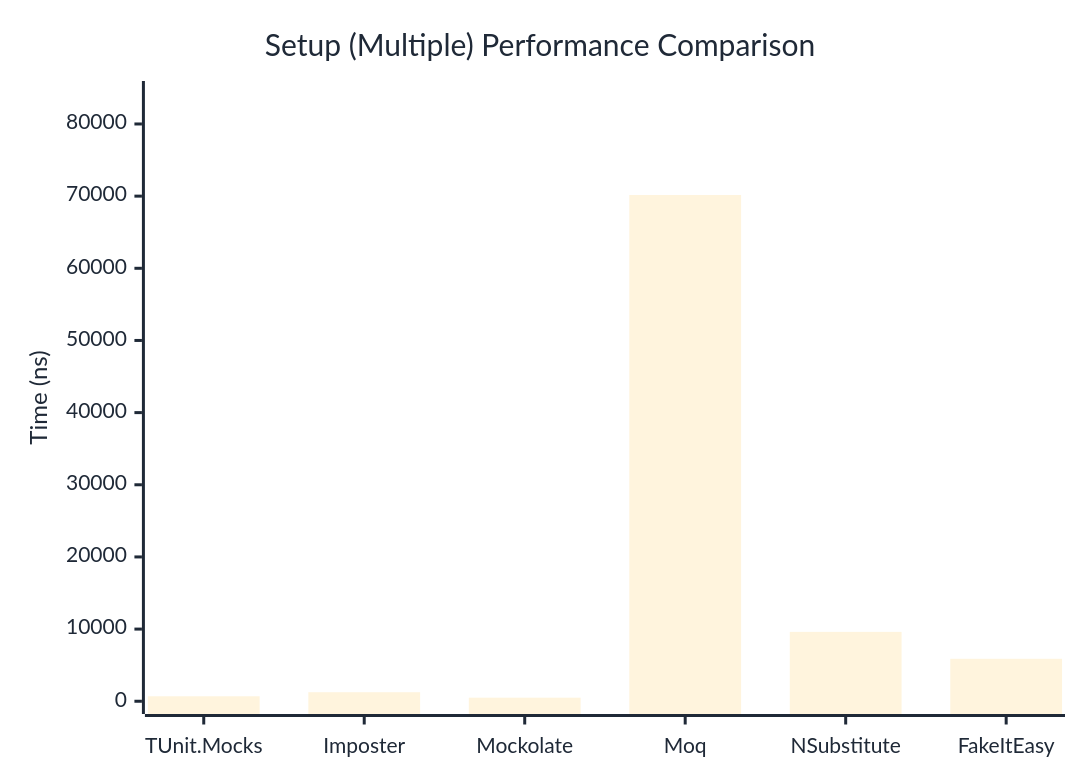
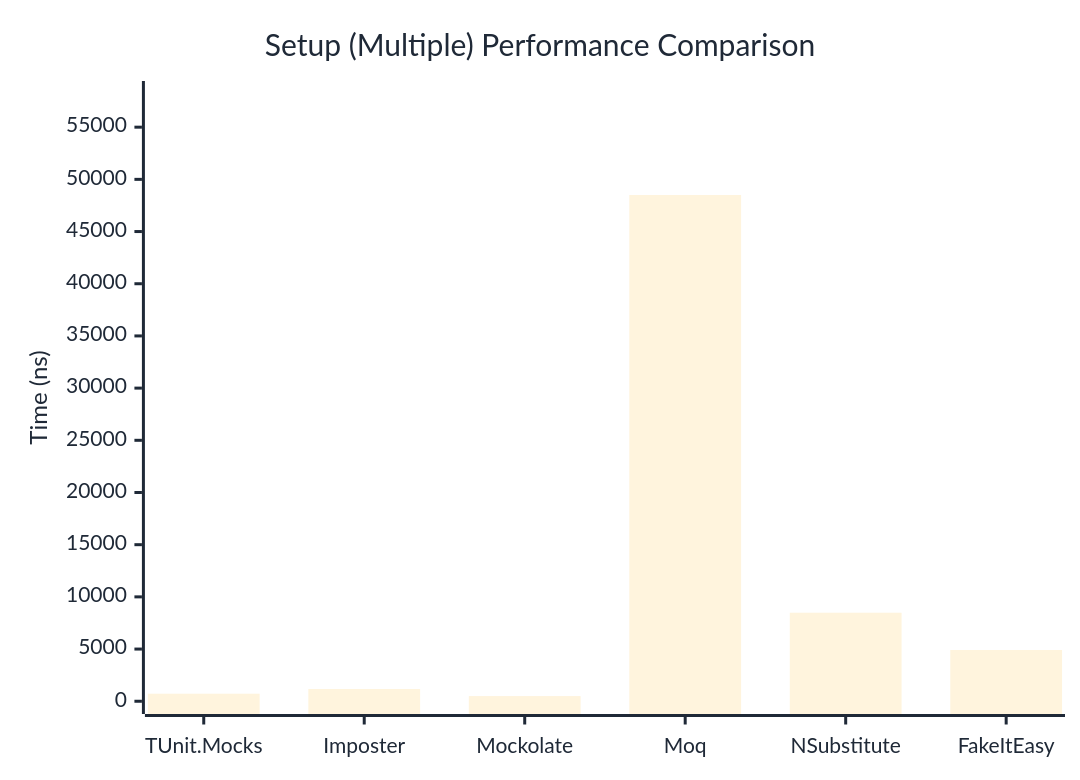
Before and after one commit to thomhurst/TUnit: the second of 2 diagrams in docs/docs/benchmarks/mocks/Setup.md, drawn with Mermaid. The commit also changed other lines of this file and 14 other files, not shown here.

````diff
--- a/docs/docs/benchmarks/mocks/Setup.md
+++ b/docs/docs/benchmarks/mocks/Setup.md
@@ -71,27 +71,27 @@
 ```mermaid
 %%{init: {
   'theme':'base',
   'themeVariables': {
     'primaryColor': '#2563eb',
     'primaryTextColor': '#1f2937',
     'primaryBorderColor': '#1e40af',
     'lineColor': '#6b7280',
     'secondaryColor': '#7c3aed',
     'tertiaryColor': '#dc2626',
     'background': '#ffffff',
     'pie1': '#2563eb',
     'pie2': '#7c3aed',
     'pie3': '#dc2626',
     'pie4': '#f59e0b',
     'pie5': '#10b981',
     'pie6': '#06b6d4',
     'pie7': '#ec4899',
     'pie8': '#6366f1'
   }
 }}%%
 xychart-beta
   title "Setup (Multiple) Performance Comparison"
   x-axis ["TUnit.Mocks", "Imposter", "Mockolate", "Moq", "NSubstitute", "FakeItEasy"]
-  y-axis "Time (ns)" 0 --> 84189
-  bar [691, 1253.3, 494.2, 70157.2, 9614.7, 5882.9]
+  y-axis "Time (ns)" 0 --> 58202
+  bar [722.1, 1174.1, 496.6, 48501.5, 8482.3, 4910.6]
 ```
````
